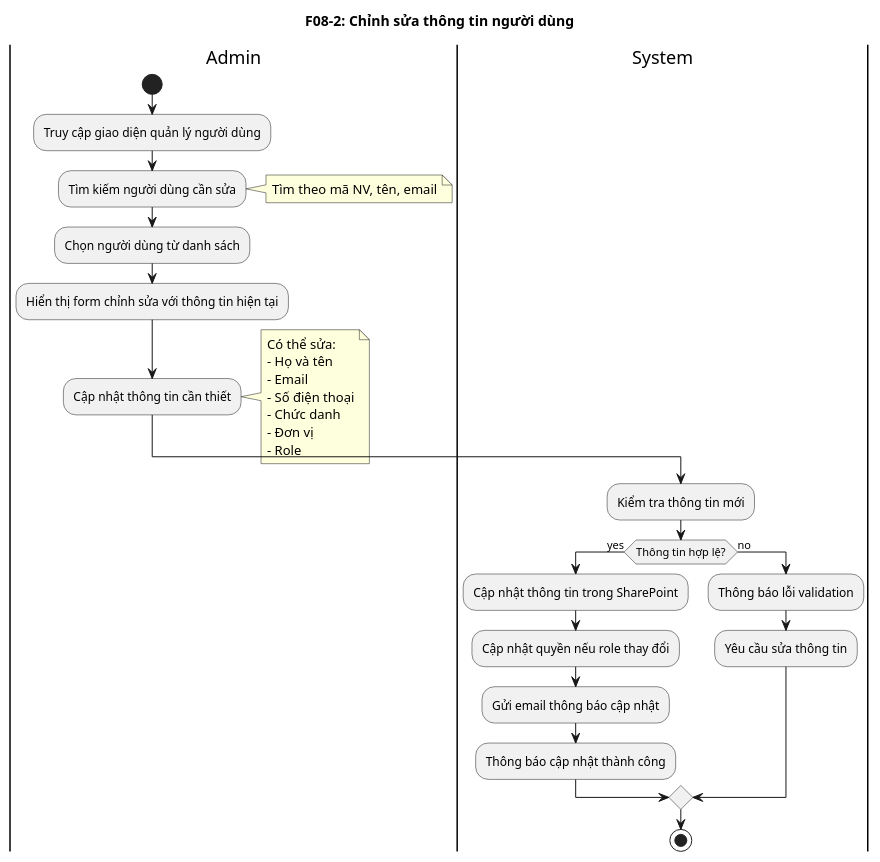
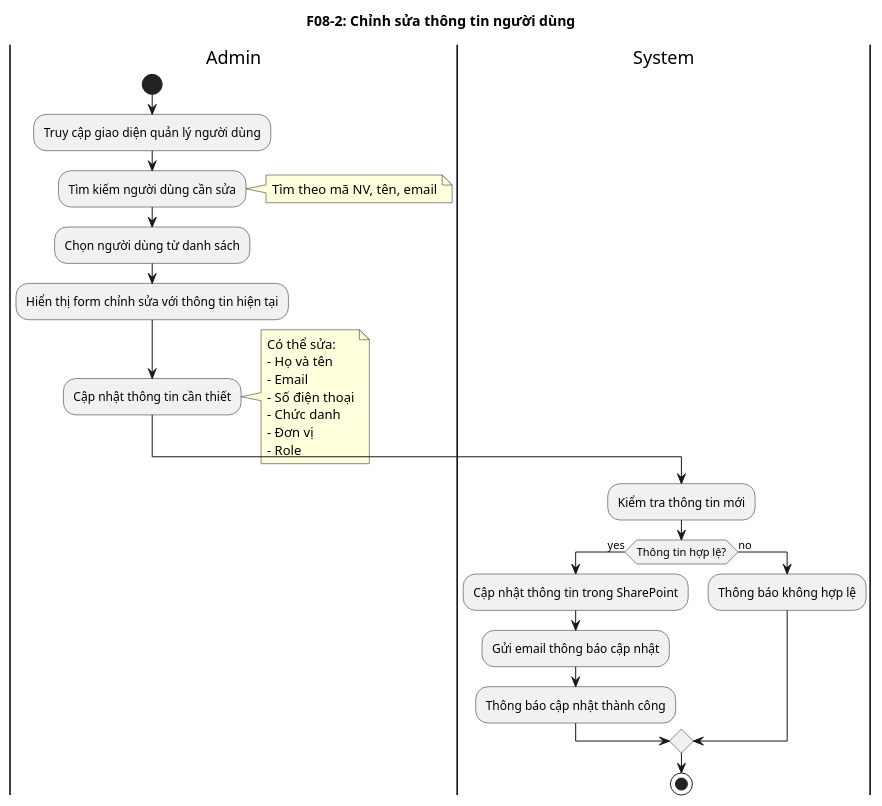
Before and after one commit to hoangh-e/PowerAppp_AppNghiPhep: diagram 14 of 34 in activity_diagrams.puml, drawn with PlantUML. The commit also changed other lines of this file and 25 other files, not shown here.

```diff
--- a/activity_diagrams.puml
+++ b/activity_diagrams.puml
@@ -341,32 +337,30 @@
 @startuml F08_2_Edit_User
 title F08-2: Chỉnh sửa thông tin người dùng
 |Admin|
 start
 :Truy cập giao diện quản lý người dùng;
 :Tìm kiếm người dùng cần sửa;
 note right: Tìm theo mã NV, tên, email
 :Chọn người dùng từ danh sách;
 :Hiển thị form chỉnh sửa với thông tin hiện tại;
 :Cập nhật thông tin cần thiết;
 note right
 Có thể sửa:
 - Họ và tên
 - Email
 - Số điện thoại
 - Chức danh
 - Đơn vị
 - Role
 end note
 |System|
 :Kiểm tra thông tin mới;
 if (Thông tin hợp lệ?) then (yes)
   :Cập nhật thông tin trong SharePoint;
-  :Cập nhật quyền nếu role thay đổi;
   :Gửi email thông báo cập nhật;
   :Thông báo cập nhật thành công;
 else (no)
-  :Thông báo lỗi validation;
-  :Yêu cầu sửa thông tin;
+  :Thông báo không hợp lệ;
 endif
 stop
 @enduml
```
